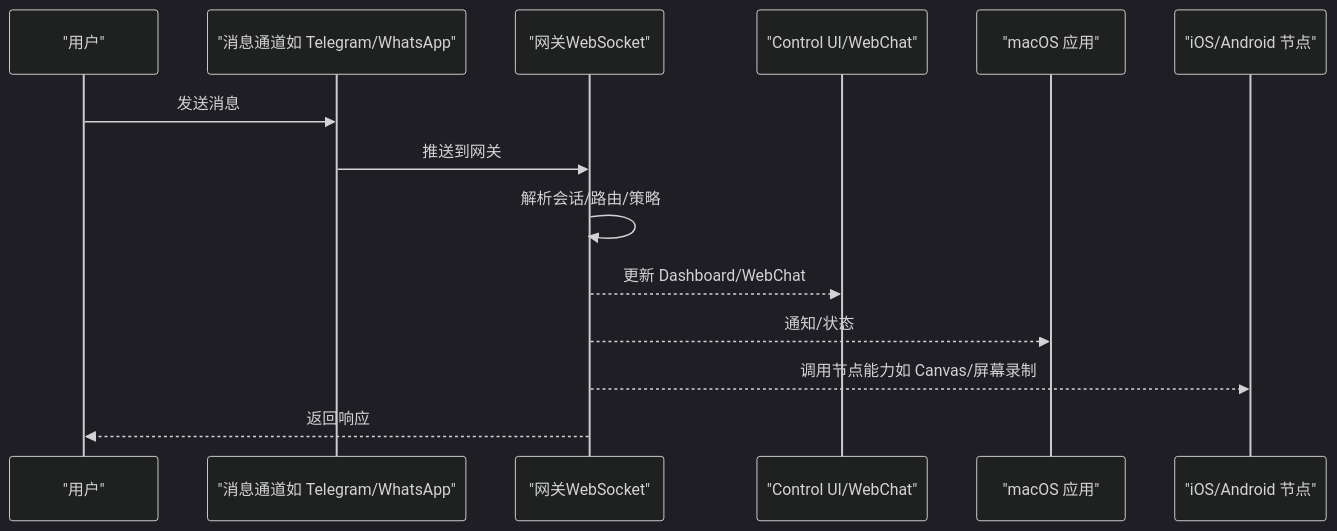
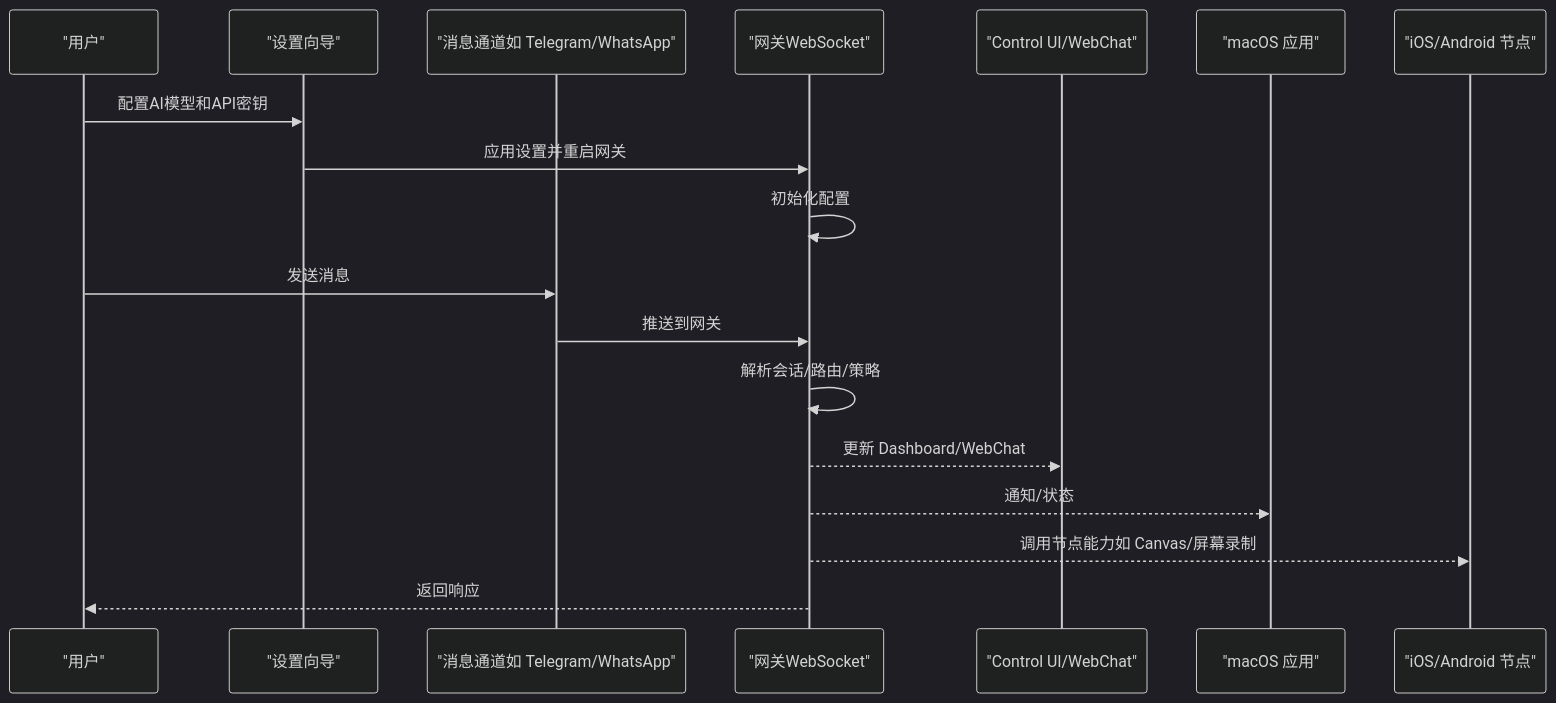
Before and after one commit to verse-ai-org/openclaw: the second of 4 diagrams in .qoder/repowiki/zh/content/快速开始.md, drawn with Mermaid (dark theme). The commit also changed other lines of this file and 318 other files, not shown here.

Commit message:
feat(setup wizard): app启动配置ui

````diff
--- a/.qoder/repowiki/zh/content/快速开始.md
+++ b/.qoder/repowiki/zh/content/快速开始.md
@@ -116,16 +136,20 @@
 ```mermaid
 sequenceDiagram
 participant User as "用户"
+participant SetupWizard as "设置向导"
 participant Channel as "消息通道如 Telegram/WhatsApp"
 participant GW as "网关WebSocket"
 participant UI as "Control UI/WebChat"
 participant App as "macOS 应用"
 participant Node as "iOS/Android 节点"
+User->>SetupWizard : 配置AI模型和API密钥
+SetupWizard->>GW : 应用设置并重启网关
+GW->>GW : 初始化配置
 User->>Channel : 发送消息
 Channel->>GW : 推送到网关
 GW->>GW : 解析会话/路由/策略
 GW-->>UI : 更新 Dashboard/WebChat
 GW-->>App : 通知/状态
 GW-->>Node : 调用节点能力如 Canvas/屏幕录制
 GW-->>User : 返回响应
 ```
````
